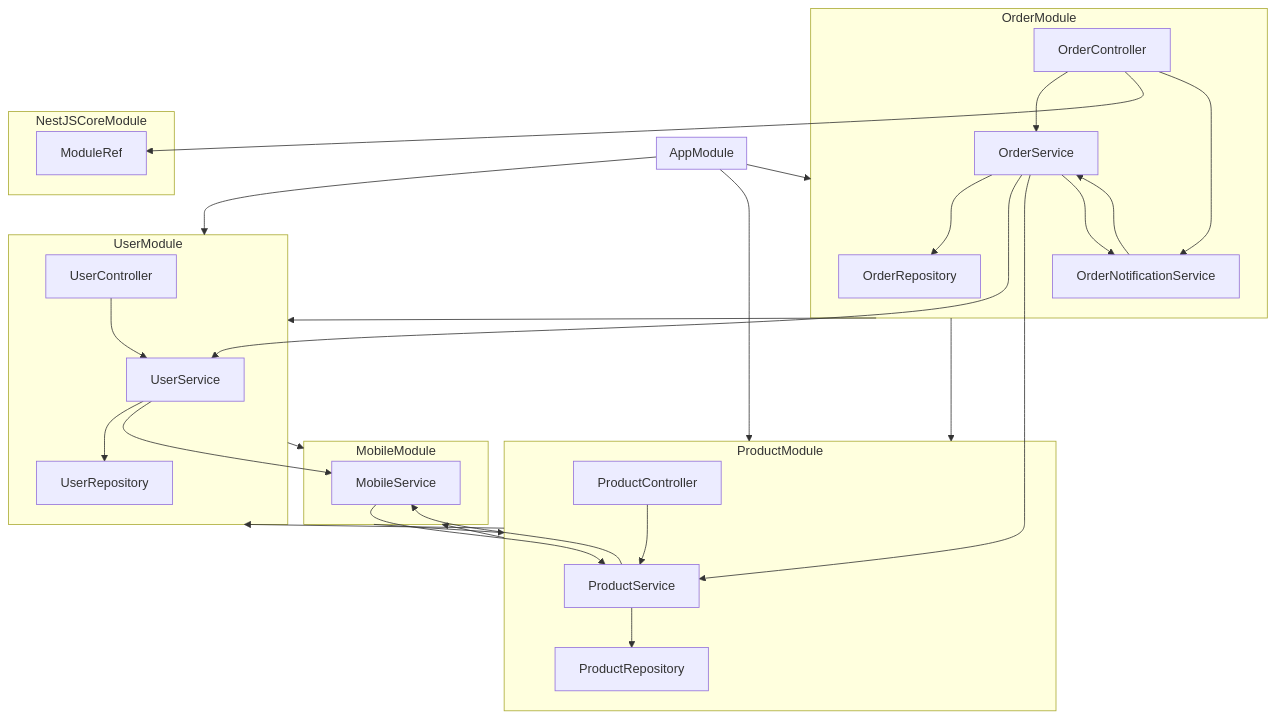
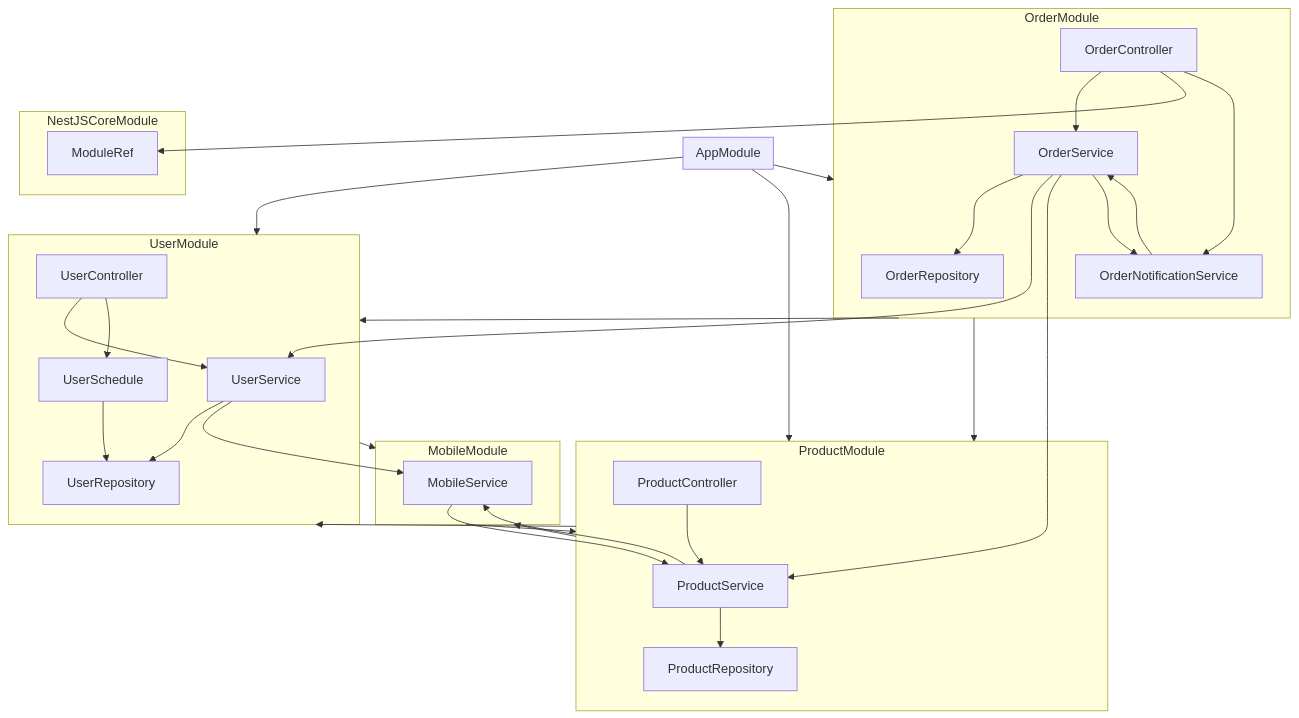
The diagram in site/public/mock-graph/output.md (albasyir/nest-graph-inspector), drawn with Mermaid before and after one commit. The commit also changed other lines of this file and 5 other files, not shown here.

Commit message:
feat(site): auto restructure provider and controller

````diff
--- a/site/public/mock-graph/output.md
+++ b/site/public/mock-graph/output.md
@@ -3,52 +3,55 @@
 ```mermaid
 graph TD
 
   subgraph module_group_AppModule["AppModule"]
   end
   subgraph module_group_UserModule["UserModule"]
     provider_UserModule_UserService["UserService"]
     provider_UserModule_UserRepository["UserRepository"]
+    provider_UserModule_UserSchedule["UserSchedule"]
     controller_UserModule_UserController["UserController"]
   end
   subgraph module_group_MobileModule["MobileModule"]
     provider_MobileModule_MobileService["MobileService"]
   end
   subgraph module_group_ProductModule["ProductModule"]
     provider_ProductModule_ProductService["ProductService"]
     provider_ProductModule_ProductRepository["ProductRepository"]
     controller_ProductModule_ProductController["ProductController"]
   end
   subgraph module_group_OrderModule["OrderModule"]
     provider_OrderModule_OrderRepository["OrderRepository"]
     provider_OrderModule_OrderService["OrderService"]
     provider_OrderModule_OrderNotificationService["OrderNotificationService"]
     controller_OrderModule_OrderController["OrderController"]
   end
   subgraph module_group_NestJSCoreModule["NestJSCoreModule"]
     provider_NestJSCoreModule_ModuleRef["ModuleRef"]
   end
   module_group_AppModule --> module_group_UserModule
   module_group_AppModule --> module_group_ProductModule
   module_group_AppModule --> module_group_OrderModule
   module_group_UserModule --> module_group_MobileModule
   provider_UserModule_UserService --> provider_UserModule_UserRepository
   provider_UserModule_UserService --> provider_MobileModule_MobileService
+  provider_UserModule_UserSchedule --> provider_UserModule_UserRepository
   controller_UserModule_UserController --> provider_UserModule_UserService
+  controller_UserModule_UserController --> provider_UserModule_UserSchedule
   module_group_MobileModule --> module_group_ProductModule
   provider_MobileModule_MobileService --> provider_ProductModule_ProductService
   module_group_ProductModule --> module_group_UserModule
   module_group_ProductModule --> module_group_MobileModule
   provider_ProductModule_ProductService --> provider_ProductModule_ProductRepository
   provider_ProductModule_ProductService --> provider_MobileModule_MobileService
   controller_ProductModule_ProductController --> provider_ProductModule_ProductService
   module_group_OrderModule --> module_group_UserModule
   module_group_OrderModule --> module_group_ProductModule
   provider_OrderModule_OrderService --> provider_OrderModule_OrderRepository
   provider_OrderModule_OrderService --> provider_UserModule_UserService
   provider_OrderModule_OrderService --> provider_ProductModule_ProductService
   provider_OrderModule_OrderService --> provider_OrderModule_OrderNotificationService
   provider_OrderModule_OrderNotificationService --> provider_OrderModule_OrderService
   controller_OrderModule_OrderController --> provider_OrderModule_OrderService
   controller_OrderModule_OrderController --> provider_NestJSCoreModule_ModuleRef
   controller_OrderModule_OrderController --> provider_OrderModule_OrderNotificationService
 ```
````
